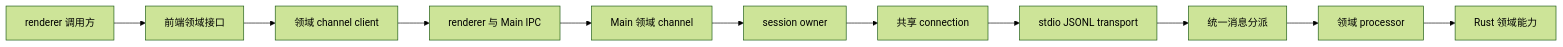
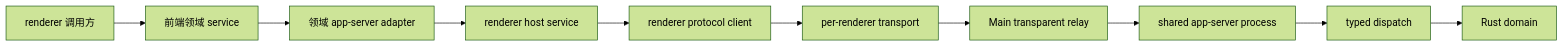
One commit to chogng/zeta changed the first of 2 diagrams in .agents/skills/app-server-api-integration/references/connection-architecture.md. Above: the diagram before and after it, drawn with Mermaid (forest theme). The commit also changed other lines of this file and 5 other files, not shown here.

````diff
--- a/.agents/skills/app-server-api-integration/references/connection-architecture.md
+++ b/.agents/skills/app-server-api-integration/references/connection-architecture.md
@@ -7,13 +7,12 @@
 ```mermaid
 flowchart LR
-    Caller[renderer 调用方] --> Contract[前端领域接口]
-    Contract --> Client[领域 channel client]
-    Client --> IPC[renderer 与 Main IPC]
-    IPC --> Channel[Main 领域 channel]
-    Channel --> Sessions[session owner]
-    Sessions --> Connection[共享 connection]
-    Connection --> Transport[stdio JSONL transport]
-    Transport --> Dispatch[统一消息分派]
-    Dispatch --> Processor[领域 processor]
-    Processor --> Domain[Rust 领域能力]
+    Caller[renderer 调用方] --> Service[前端领域 service]
+    Service --> Adapter[领域 app-server adapter]
+    Adapter --> Host[renderer host service]
+    Host --> Client[renderer protocol client]
+    Client --> Port[per-renderer transport]
+    Port --> Relay[Main transparent relay]
+    Relay --> Process[shared app-server process]
+    Process --> Dispatch[typed dispatch]
+    Dispatch --> Domain[Rust domain]
 ```
````
